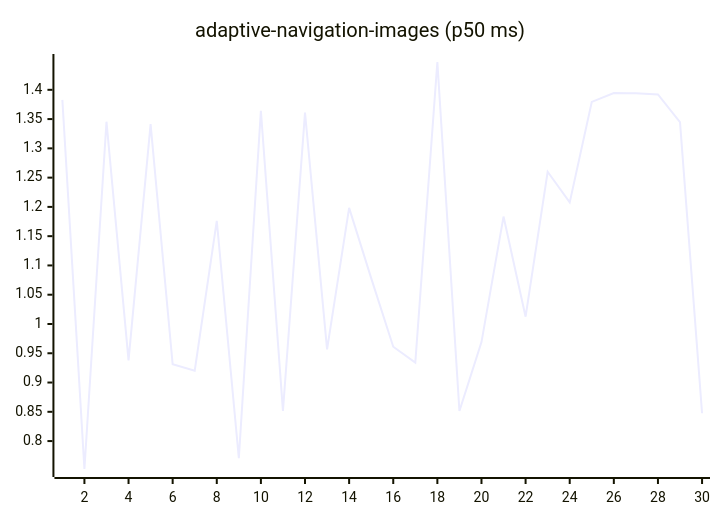
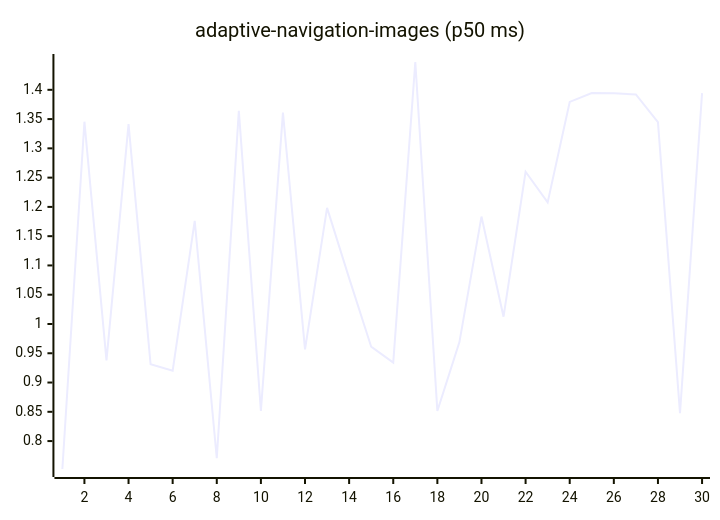
The first of 27 diagrams in README.md (josha/Facet), drawn with Mermaid before and after one commit. The commit also changed other lines of this file and 2 other files, not shown here.

````diff
--- a/README.md
+++ b/README.md
@@ -63,6 +63,6 @@
 ```mermaid
 xychart-beta
     title "adaptive-navigation-images (p50 ms)"
     x-axis 1 --> 30
-    line [1.3829, 0.7523, 1.3455, 0.9380, 1.3415, 0.9312, 0.9201, 1.1763, 0.7707, 1.3642, 0.8516, 1.3610, 0.9567, 1.1983, 1.0783, 0.9612, 0.9339, 1.4475, 0.8514, 0.9690, 1.1835, 1.0125, 1.2600, 1.2076, 1.3793, 1.3944, 1.3942, 1.3921, 1.3447, 0.8475]
+    line [0.7523, 1.3455, 0.9380, 1.3415, 0.9312, 0.9201, 1.1763, 0.7707, 1.3642, 0.8516, 1.3610, 0.9567, 1.1983, 1.0783, 0.9612, 0.9339, 1.4475, 0.8514, 0.9690, 1.1835, 1.0125, 1.2600, 1.2076, 1.3793, 1.3944, 1.3942, 1.3921, 1.3447, 0.8475, 1.3944]
 ```
````
